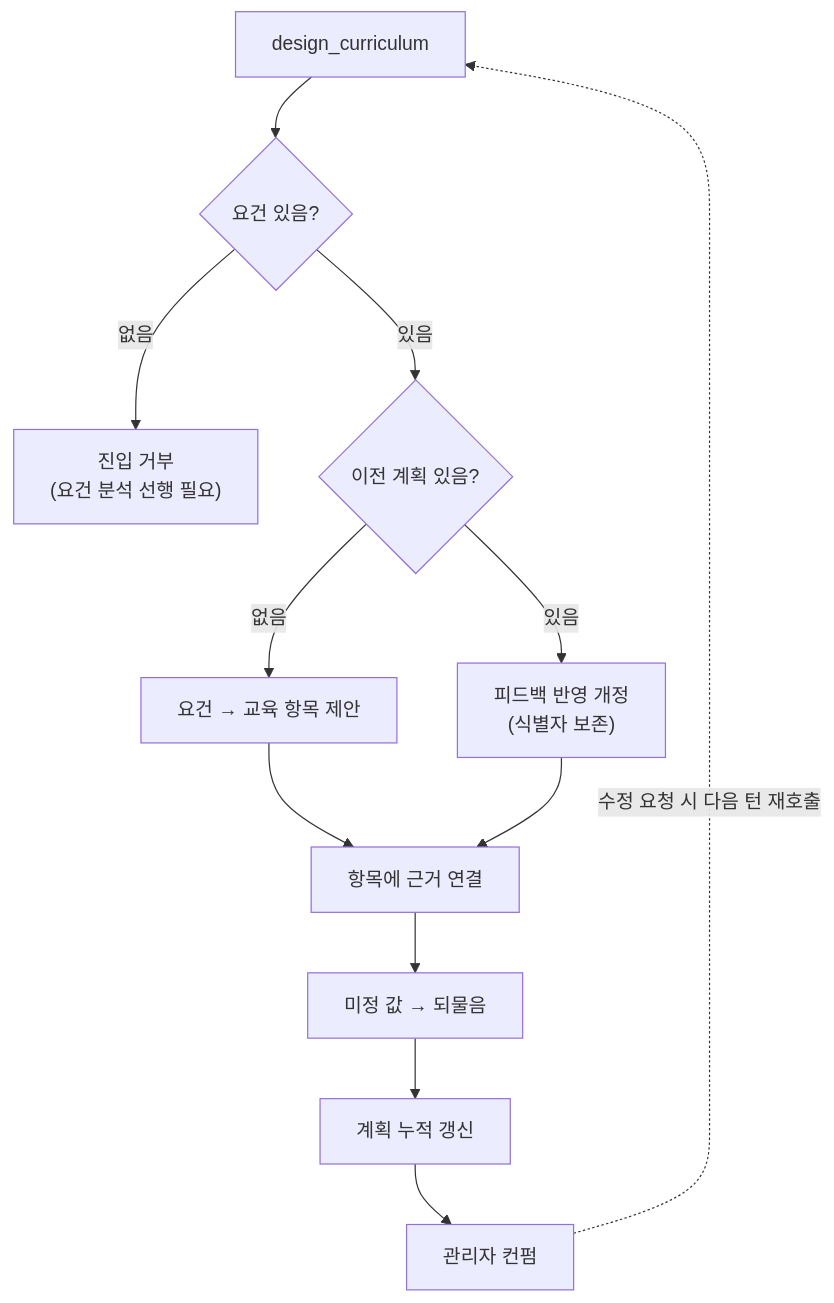
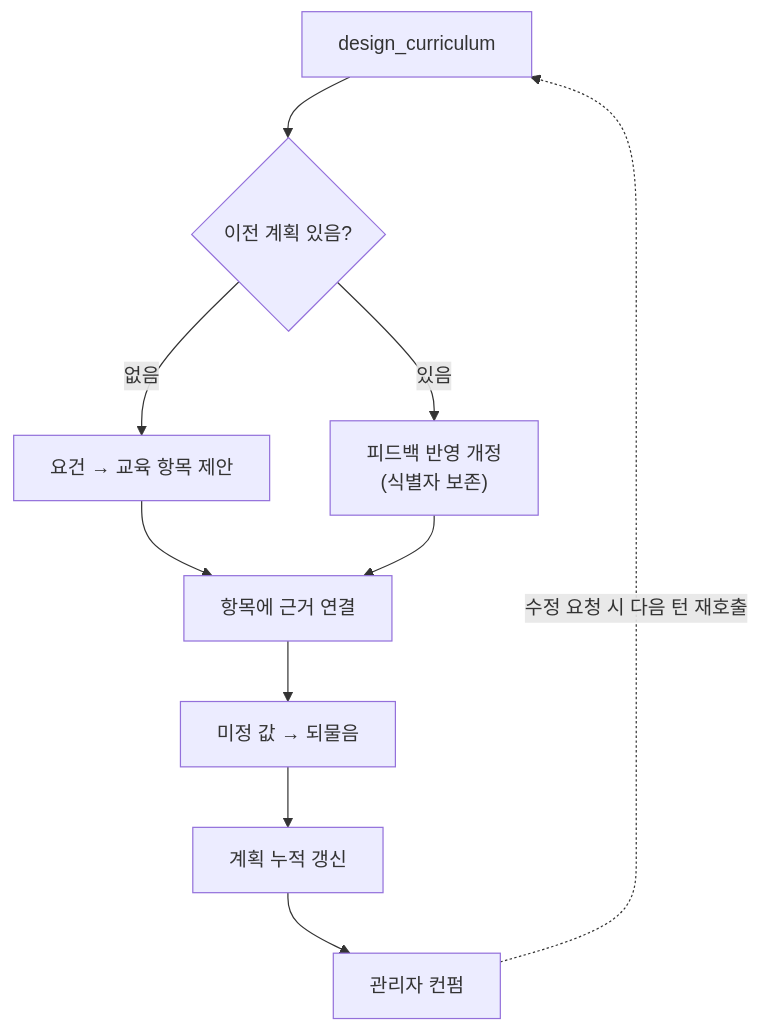
Before and after one commit to Doc-AI-Agent-development/Doc-AI-Agent-development.github.io: the second of 2 diagrams in docs/agents/annual_plan.md, drawn with Mermaid. The commit also changed other lines of this file, not shown here.

Commit message:
Fix annual plan agent diagrams: start from orchestrator, drop vague gate
- Architecture starts at the orchestrator (dialog = orchestrator); remove
  the separate dialog node and routing hop
- Flow branches directly on prior-plan instead of the ambiguous
  "requirements present?" gate

````diff
--- a/docs/agents/annual_plan.md
+++ b/docs/agents/annual_plan.md
@@ -46,14 +45,12 @@
 ```mermaid
 flowchart TD
-    A["design_curriculum"] --> B{"요건 있음?"}
-    B -->|"없음"| BX["진입 거부<br/>(요건 분석 선행 필요)"]
-    B -->|"있음"| C{"이전 계획 있음?"}
+    A["design_curriculum"] --> C{"이전 계획 있음?"}
     C -->|"없음"| D["요건 → 교육 항목 제안"]
     C -->|"있음"| E["피드백 반영 개정<br/>(식별자 보존)"]
     D --> F["항목에 근거 연결"]
     E --> F
     F --> J["미정 값 → 되물음"]
     J --> L["계획 누적 갱신"]
     L --> N["관리자 컨펌"]
     N -.->|"수정 요청 시 다음 턴 재호출"| A
 ```
````
